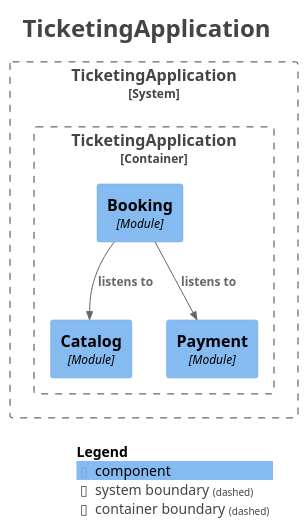
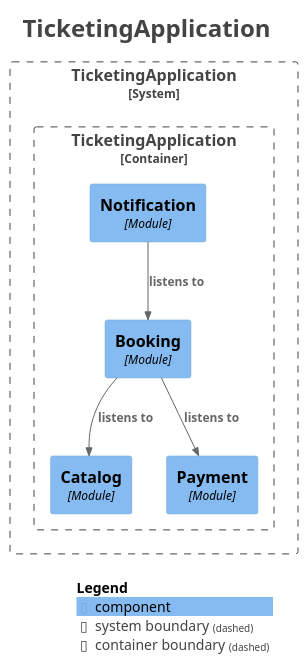
The diagram in docs/modulith/components.puml (jkonury/ticketing), drawn with PlantUML before and after one commit. The commit also changed 5 other files, not shown here.

```diff
--- a/docs/modulith/components.puml
+++ b/docs/modulith/components.puml
@@ -1,32 +1,34 @@
 @startuml
 title <size:24>TicketingApplication</size>
 
 set separator none
 top to bottom direction
 
 <style>
   root {
     BackgroundColor: #ffffff
     FontColor: #444444
   }
 </style>
 
 !include <C4/C4>
 !include <C4/C4_Context>
 !include <C4/C4_Component>
 
 System_Boundary("TicketingApplication_boundary", "TicketingApplication", $tags="") {
   Container_Boundary("TicketingApplication.TicketingApplication_boundary", "TicketingApplication", $tags="") {
     Component(TicketingApplication.TicketingApplication.Catalog, "Catalog", $techn="Module", $descr="", $tags="", $link="")
     Component(TicketingApplication.TicketingApplication.Payment, "Payment", $techn="Module", $descr="", $tags="", $link="")
     Component(TicketingApplication.TicketingApplication.Booking, "Booking", $techn="Module", $descr="", $tags="", $link="")
+    Component(TicketingApplication.TicketingApplication.Notification, "Notification", $techn="Module", $descr="", $tags="", $link="")
   }
 
 }
 
 Rel(TicketingApplication.TicketingApplication.Booking, TicketingApplication.TicketingApplication.Catalog, "listens to", $techn="", $tags="", $link="")
+Rel(TicketingApplication.TicketingApplication.Notification, TicketingApplication.TicketingApplication.Booking, "listens to", $techn="", $tags="", $link="")
 Rel(TicketingApplication.TicketingApplication.Booking, TicketingApplication.TicketingApplication.Payment, "listens to", $techn="", $tags="", $link="")
 
 SHOW_LEGEND(true)
 hide stereotypes
 @enduml
```
